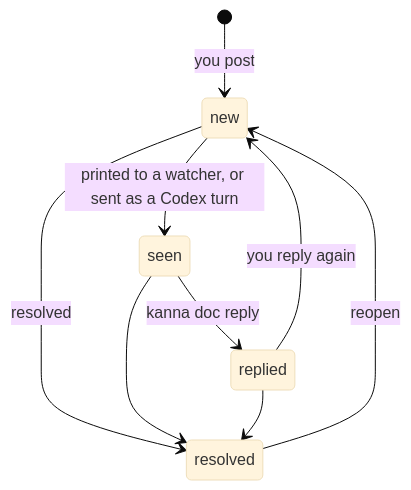
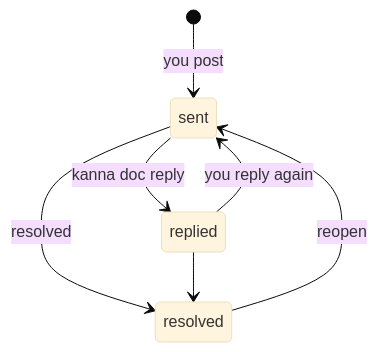
The second of 3 diagrams in docs/specs/doc-markup.md (jemdiggity/kanna-v4), drawn with Mermaid (base theme) before and after one commit. The commit also changed other lines of this file and 2 other files, not shown here.

````diff
--- a/docs/specs/doc-markup.md
+++ b/docs/specs/doc-markup.md
@@ -72,11 +66,9 @@
 ```mermaid
 stateDiagram-v2
-    [*] --> new: you post
-    new --> seen: printed to a watcher, or sent as a Codex turn
-    seen --> replied: kanna doc reply
-    replied --> new: you reply again
-    new --> resolved: resolved
-    seen --> resolved
+    [*] --> sent: you post
+    sent --> replied: kanna doc reply
+    replied --> sent: you reply again
+    sent --> resolved: resolved
     replied --> resolved
-    resolved --> new: reopen
+    resolved --> sent: reopen
 ```
````
